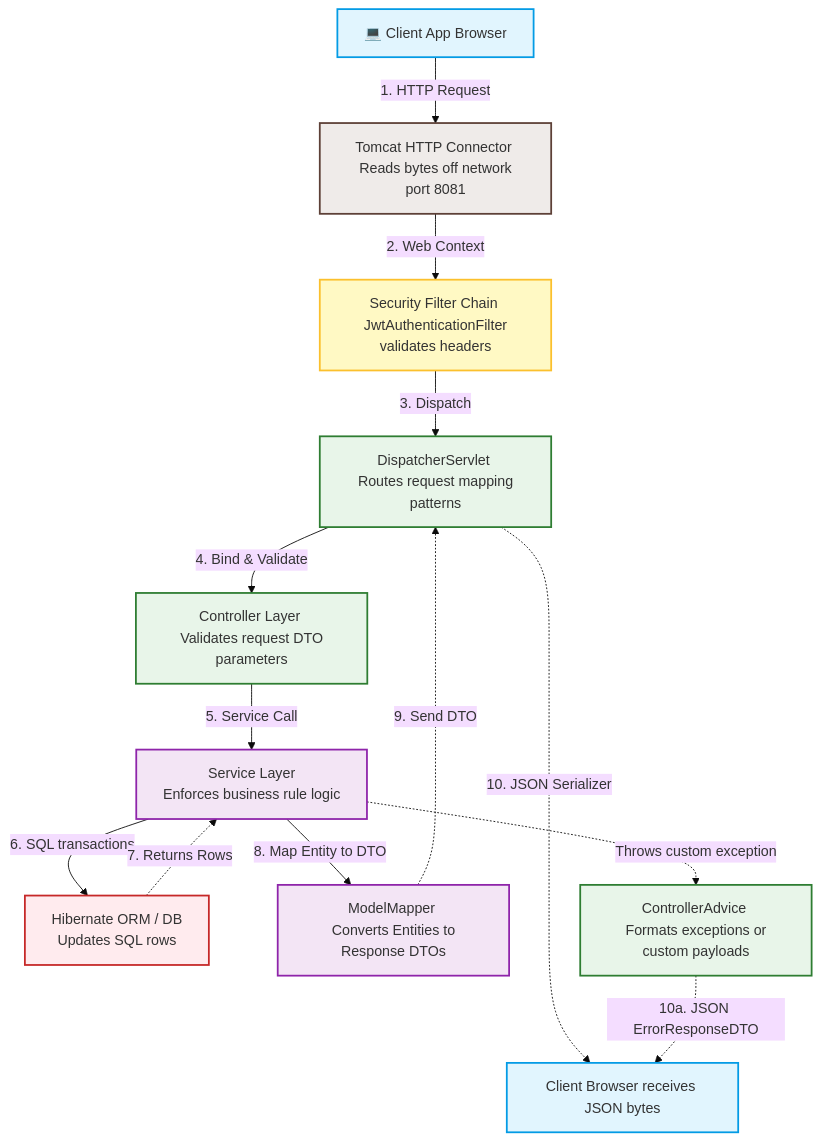
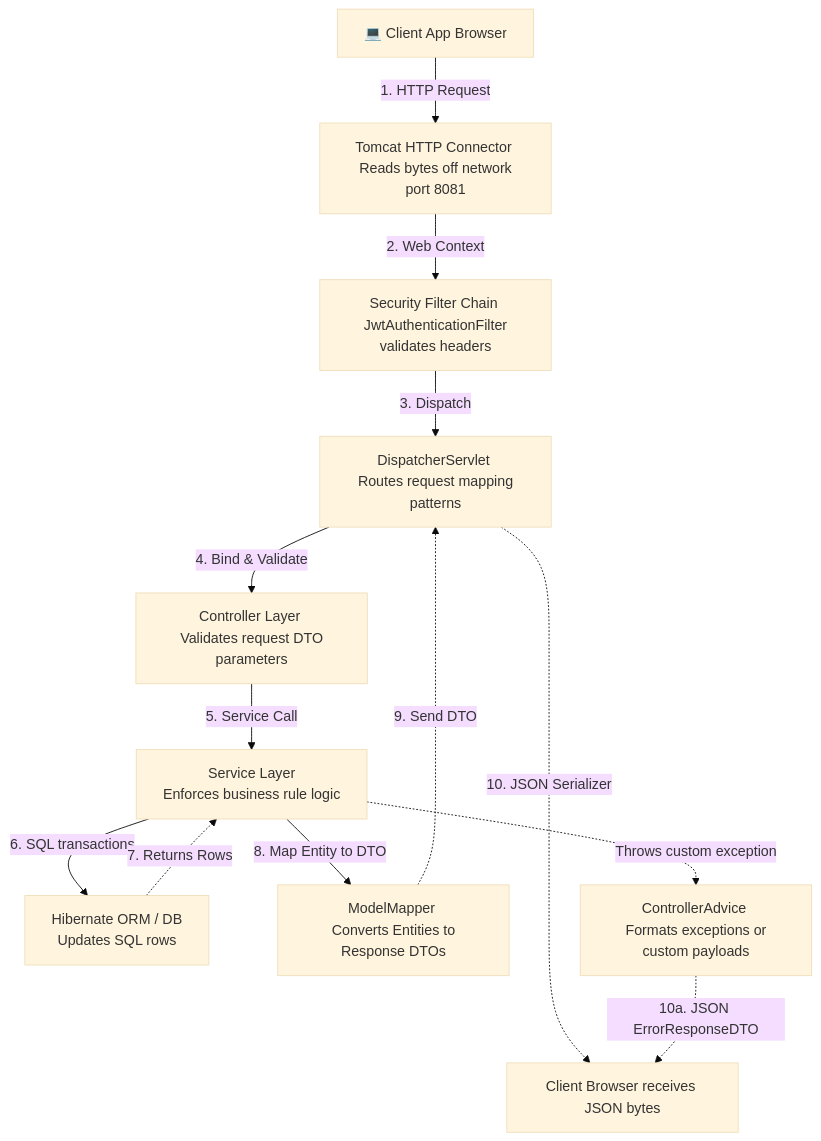
The diagram in docs/request_lifecycle.md (Gurry-12/insurance-policy-claim-management-system), drawn with Mermaid (base theme) before and after one commit. The commit also changed 3 other files, not shown here.

Commit message:
docs: Remove custom diagram style classes to support dual-theme light/dark mode

````diff
--- a/docs/request_lifecycle.md
+++ b/docs/request_lifecycle.md
@@ -9,35 +9,28 @@
 ```mermaid
 graph TD
-    classDef client fill:#e1f5fe,stroke:#039be5,stroke-width:2px;
-    classDef tomcat fill:#efebe9,stroke:#5d4037,stroke-width:2px;
-    classDef security fill:#fff9c4,stroke:#fbc02d,stroke-width:2px;
-    classDef spring fill:#e8f5e9,stroke:#2e7d32,stroke-width:2px;
-    classDef logic fill:#f3e5f5,stroke:#8e24aa,stroke-width:2px;
-    classDef db fill:#ffebee,stroke:#c62828,stroke-width:2px;
-
-    Client[💻 Client App Browser]:::client
-    Connector[Tomcat HTTP Connector <br> Reads bytes off network port 8081]:::tomcat
-    FilterChain[Security Filter Chain <br> JwtAuthenticationFilter validates headers]:::security
-    Dispatcher[DispatcherServlet <br> Routes request mapping patterns]:::spring
-    Validation[Controller Layer <br> Validates request DTO parameters]:::spring
-    Service[Service Layer <br> Enforces business rule logic]:::logic
-    Jpa[Hibernate ORM / DB <br> Updates SQL rows]:::db
-    Mapper[ModelMapper <br> Converts Entities to Response DTOs]:::logic
-    Advice[ControllerAdvice <br> Formats exceptions or custom payloads]:::spring
-    Response[Client Browser receives JSON bytes]:::client
+    Client[💻 Client App Browser]
+    Connector[Tomcat HTTP Connector <br> Reads bytes off network port 8081]
+    FilterChain[Security Filter Chain <br> JwtAuthenticationFilter validates headers]
+    Dispatcher[DispatcherServlet <br> Routes request mapping patterns]
+    Validation[Controller Layer <br> Validates request DTO parameters]
+    Service[Service Layer <br> Enforces business rule logic]
+    Jpa[Hibernate ORM / DB <br> Updates SQL rows]
+    Mapper[ModelMapper <br> Converts Entities to Response DTOs]
+    Advice[ControllerAdvice <br> Formats exceptions or custom payloads]
+    Response[Client Browser receives JSON bytes]
 
     Client -->|1. HTTP Request| Connector
     Connector -->|2. Web Context| FilterChain
     FilterChain -->|3. Dispatch| Dispatcher
     Dispatcher -->|4. Bind & Validate| Validation
     Validation -->|5. Service Call| Service
     Service -->|6. SQL transactions| Jpa
     Jpa -.->|7. Returns Rows| Service
     Service -->|8. Map Entity to DTO| Mapper
     Mapper -.->|9. Send DTO| Dispatcher
     Dispatcher -.->|10. JSON Serializer| Response
     
     %% Exception Flow
     Service -.->|Throws custom exception| Advice
     Advice -.->|10a. JSON ErrorResponseDTO| Response
 ```
````
